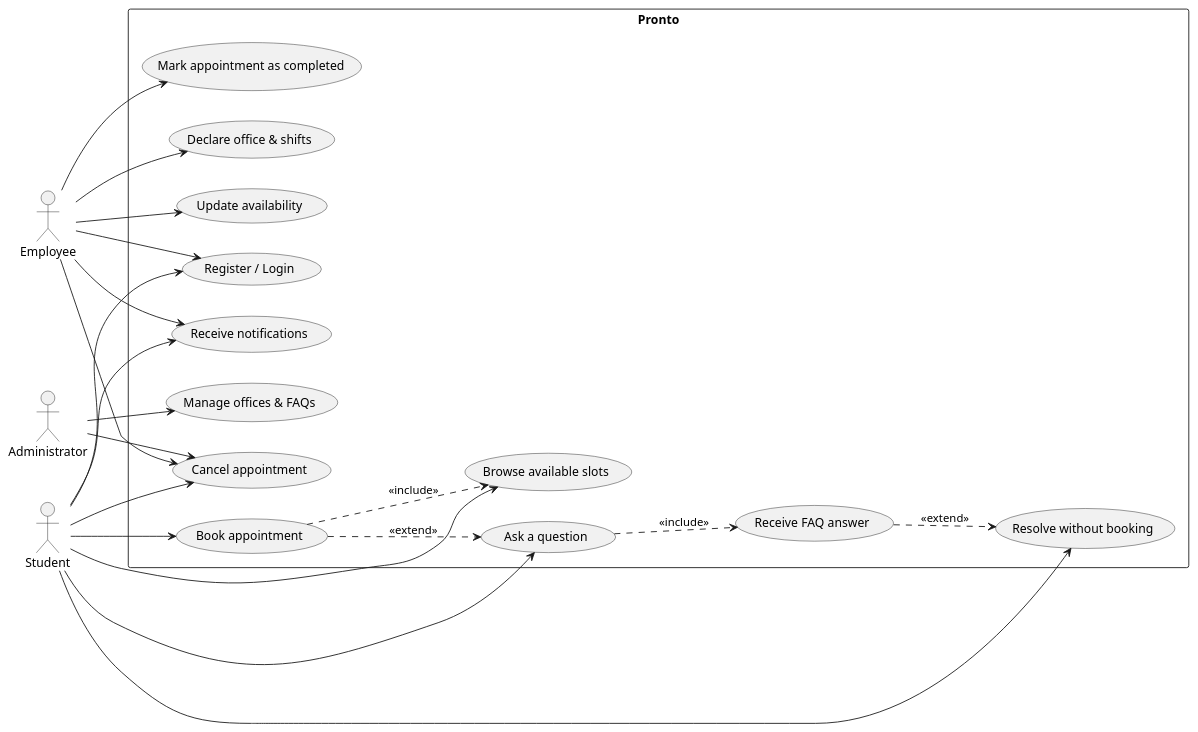
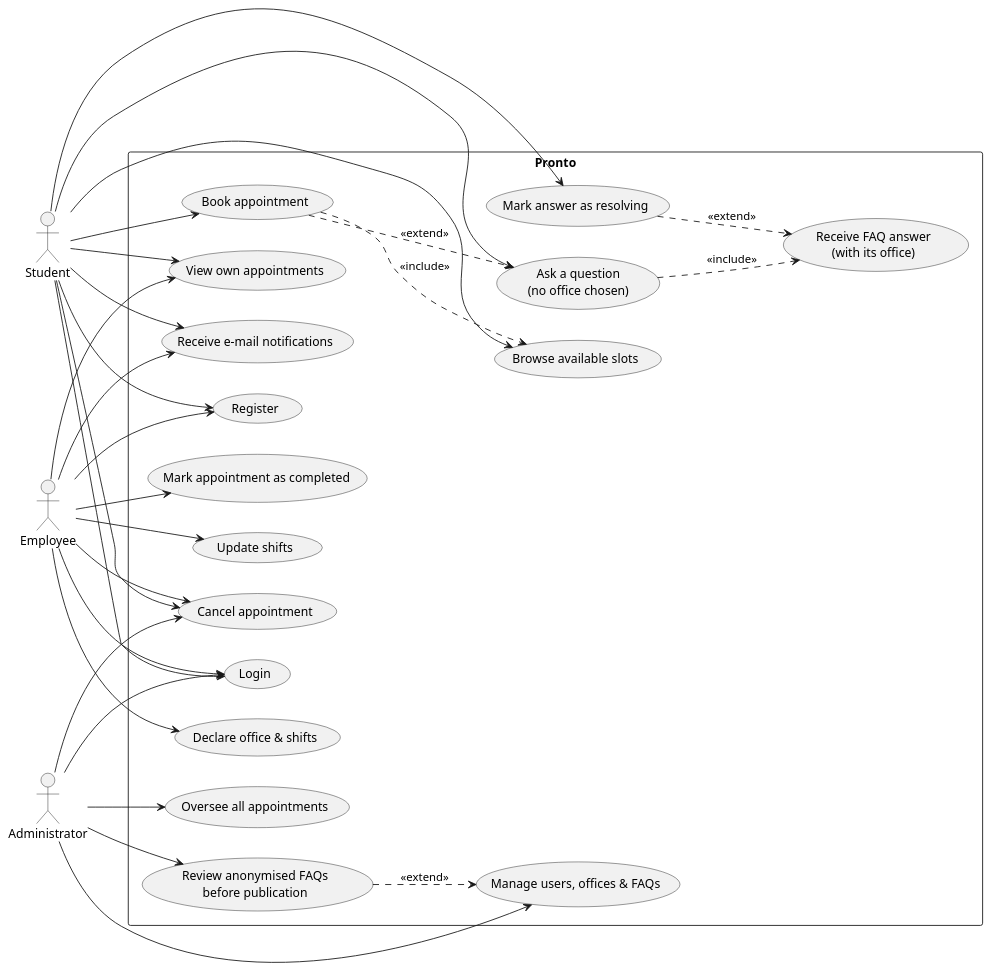
Before and after one commit to unibo-dtm-se-2526-PRONTO/report: the diagram in sections/02-requirements/assets/use-case-diagram.puml, drawn with PlantUML. The commit also changed 9 other files, not shown here.

```diff
--- a/sections/02-requirements/assets/use-case-diagram.puml
+++ b/sections/02-requirements/assets/use-case-diagram.puml
@@ -1,45 +1,57 @@
 @startuml use-case-diagram
 left to right direction
 
 actor Student
 actor Employee
 actor Administrator as Admin
 
 rectangle Pronto {
-    usecase "Register / Login" as UC1
+    usecase "Register" as UC0
+    usecase "Login" as UC1
     usecase "Declare office & shifts" as UC2
-    usecase "Update availability" as UC3
-    usecase "Ask a question" as UC4
-    usecase "Receive FAQ answer" as UC5
-    usecase "Resolve without booking" as UC5a
+    usecase "Update shifts" as UC3
+    usecase "Ask a question\n(no office chosen)" as UC4
+    usecase "Receive FAQ answer\n(with its office)" as UC5
+    usecase "Mark answer as resolving" as UC5a
     usecase "Browse available slots" as UC6
     usecase "Book appointment" as UC7
+    usecase "View own appointments" as UC12
     usecase "Cancel appointment" as UC8
     usecase "Mark appointment as completed" as UC9
-    usecase "Receive notifications" as UC10
-    usecase "Manage offices & FAQs" as UC11
+    usecase "Receive e-mail notifications" as UC10
+    usecase "Oversee all appointments" as UC13
+    usecase "Manage users, offices & FAQs" as UC11
+    usecase "Review anonymised FAQs\nbefore publication" as UC14
 }
 
+Student --> UC0
 Student --> UC1
 Student --> UC4
 Student --> UC5a
 Student --> UC6
 Student --> UC7
+Student --> UC12
 Student --> UC8
 Student --> UC10
 
+Employee --> UC0
 Employee --> UC1
 Employee --> UC2
 Employee --> UC3
+Employee --> UC12
 Employee --> UC8
 Employee --> UC9
 Employee --> UC10
 
+Admin --> UC1
+Admin --> UC13
 Admin --> UC8
 Admin --> UC11
+Admin --> UC14
 
 UC4 ..> UC5 : <<include>>
-UC5 ..> UC5a : <<extend>>
+UC5a ..> UC5 : <<extend>>
+UC7 ..> UC4 : <<extend>>
 UC7 ..> UC6 : <<include>>
-UC7 ..> UC4 : <<extend>>
+UC14 ..> UC11 : <<extend>>
 @enduml
```
